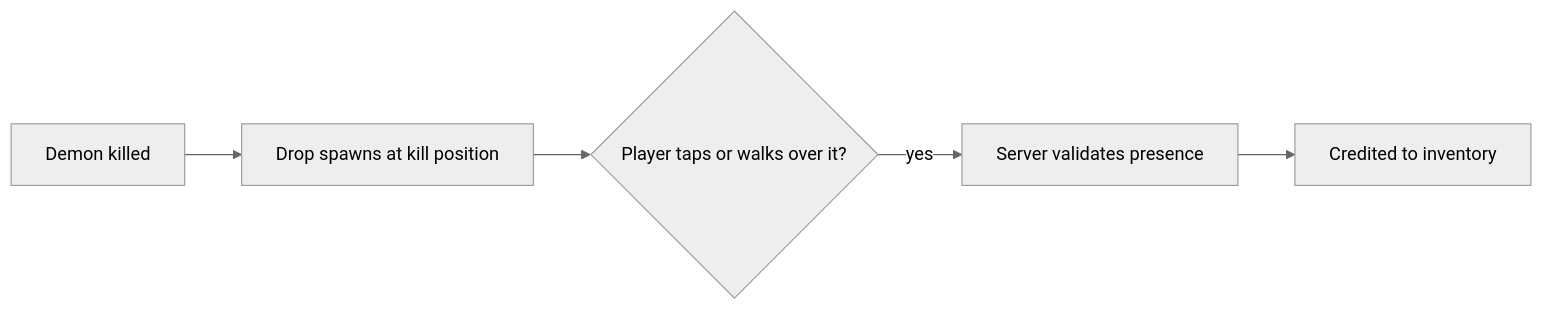
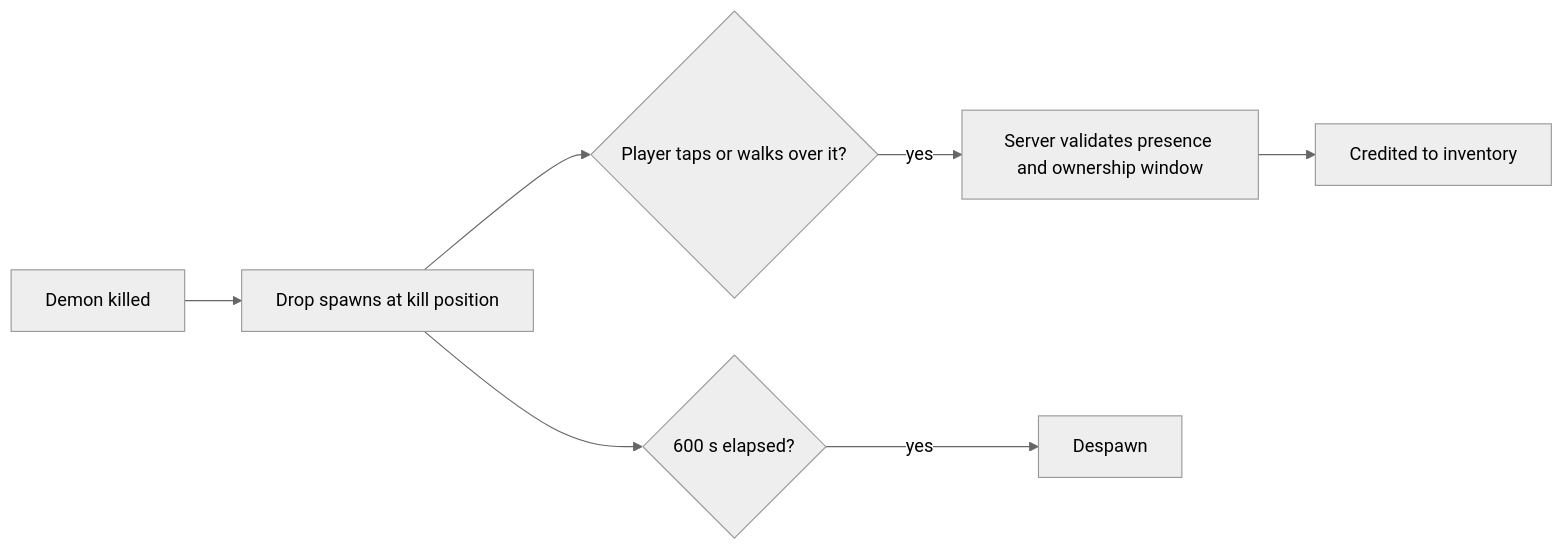
One commit to jhofer/ar-map-game changed the third of 3 diagrams in docs/design/rpg.md. Above: the diagram before and after it, drawn with Mermaid (neutral theme). The commit also changed other lines of this file and 30 other files, not shown here.

````diff
--- a/docs/design/rpg.md
+++ b/docs/design/rpg.md
@@ -95,7 +152,9 @@
 ```mermaid
 flowchart LR
     K[Demon killed] --> D[Drop spawns at kill position]
     D --> C{Player taps or walks over it?}
-    C -->|yes| S[Server validates presence]
+    C -->|yes| S[Server validates presence and ownership window]
     S --> I[Credited to inventory]
+    D --> X{600 s elapsed?}
+    X -->|yes| R[Despawn]
 ```
````
